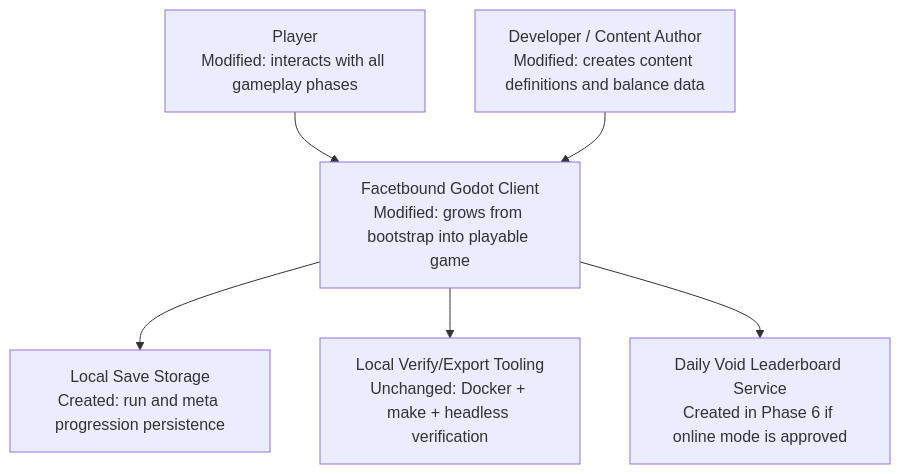
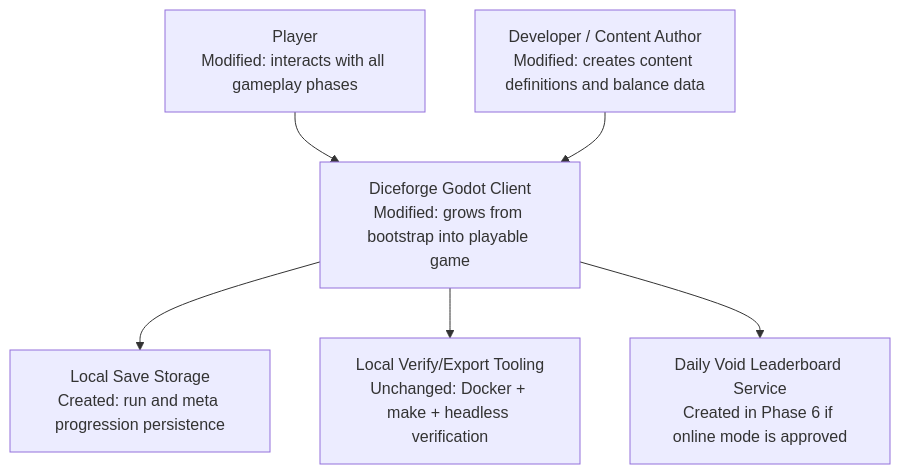
One commit to cozmulici-rgb/Diceforge changed the first of 3 diagrams in docs/archive/design/game-development-phases/architecture.md. Above: the diagram before and after it, drawn with Mermaid. The commit also changed 46 other files, not shown here.

First line of the commit message:
chore: rename project Facetbound → Diceforge

````diff
--- a/docs/archive/design/game-development-phases/architecture.md
+++ b/docs/archive/design/game-development-phases/architecture.md
@@ -9,8 +9,8 @@
 ```mermaid
 graph TD
-    Player["Player<br/>Modified: interacts with all gameplay phases"] --> Game["Facetbound Godot Client<br/>Modified: grows from bootstrap into playable game"]
+    Player["Player<br/>Modified: interacts with all gameplay phases"] --> Game["Diceforge Godot Client<br/>Modified: grows from bootstrap into playable game"]
     Designer["Developer / Content Author<br/>Modified: creates content definitions and balance data"] --> Game
     Game --> LocalSave["Local Save Storage<br/>Created: run and meta progression persistence"]
     Game --> BuildFlow["Local Verify/Export Tooling<br/>Unchanged: Docker + make + headless verification"]
     Game --> Leaderboard["Daily Void Leaderboard Service<br/>Created in Phase 6 if online mode is approved"]
 ```
````
